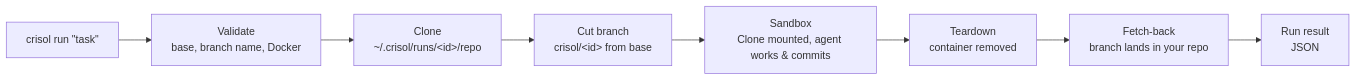
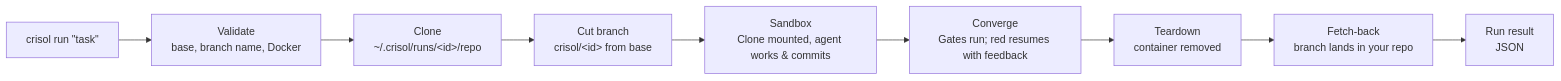
The diagram in README.md (matiinchauspe/crisol), drawn with Mermaid before and after one commit. The commit also changed other lines of this file and 1 other file, not shown here.

Commit message:
docs: record ADR 0006 and document gates and the ceiling

````diff
--- a/README.md
+++ b/README.md
@@ -54,10 +55,11 @@
 ```mermaid
 flowchart LR
     A["crisol run &quot;task&quot;"] --> B["Validate<br/>base, branch name, Docker"]
     B --> C["Clone<br/>~/.crisol/runs/&lt;id&gt;/repo"]
     C --> D["Cut branch<br/>crisol/&lt;id&gt; from base"]
     D --> E["Sandbox<br/>Clone mounted, agent works & commits"]
-    E --> F["Teardown<br/>container removed"]
+    E --> X["Converge<br/>Gates run; red resumes with feedback"]
+    X --> F["Teardown<br/>container removed"]
     F --> G["Fetch-back<br/>branch lands in your repo"]
     G --> H["Run result<br/>JSON"]
 ```
````
